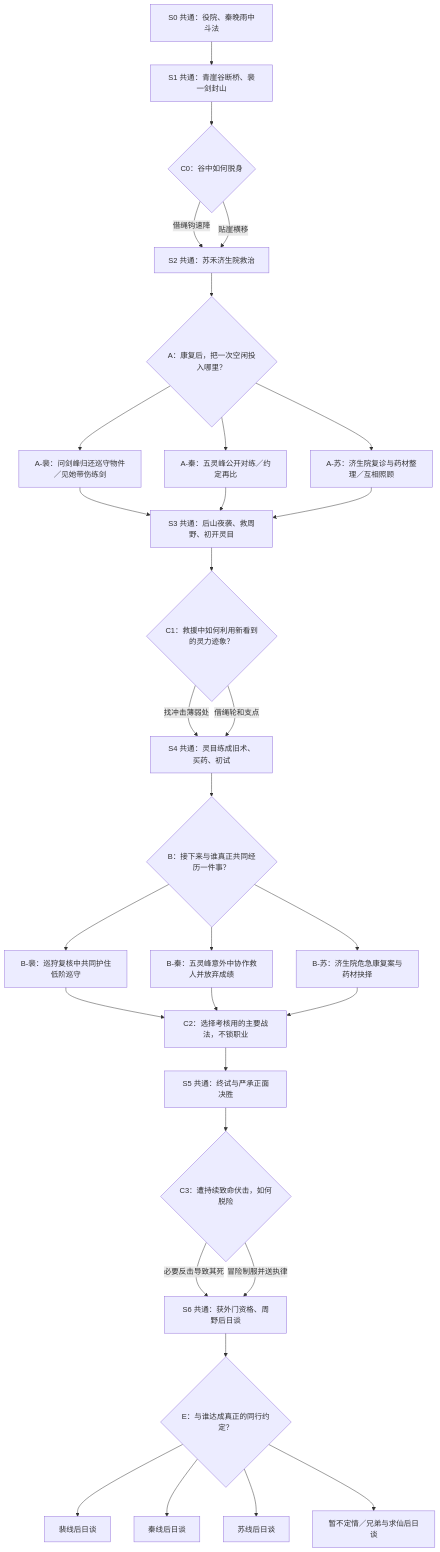
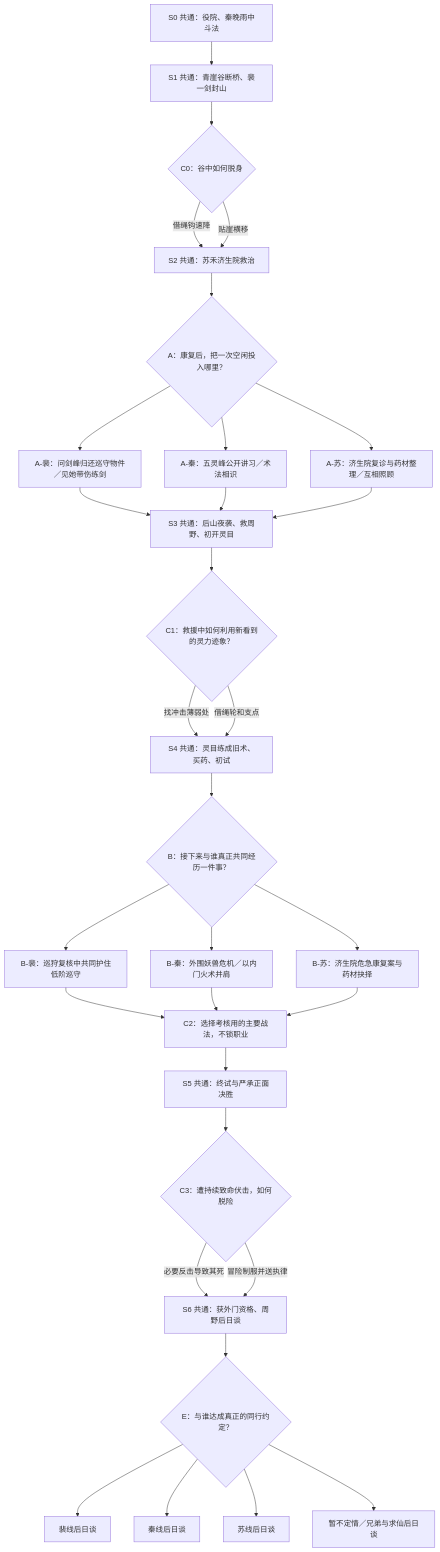
Before and after one commit to almiao/BeyondSight: the diagram in 山门_故事与互动蓝图_v0.3.md, drawn with Mermaid. The commit also changed other lines of this file and 5 other files, not shown here.

Commit message:
统一杂役称谓、秦晚升五灵峰内门，补宗门地界通行图与大世界地图规划

````diff
--- a/山门_故事与互动蓝图_v0.3.md
+++ b/山门_故事与互动蓝图_v0.3.md
@@ -183,33 +185,33 @@
 ```mermaid
 flowchart TD
   S0["S0 共通：役院、秦晚雨中斗法"] --> S1["S1 共通：青崖谷断桥、裴一剑封山"]
   S1 --> C0{"C0：谷中如何脱身"}
   C0 -->|借绳钩速降| S2["S2 共通：苏禾济生院救治"]
   C0 -->|贴崖横移| S2
   S2 --> A{"A：康复后，把一次空闲投入哪里？"}
   A --> P1["A-裴：问剑峰归还巡守物件／见她带伤练剑"]
-  A --> Q1["A-秦：五灵峰公开对练／约定再比"]
+  A --> Q1["A-秦：五灵峰公开讲习／术法相识"]
   A --> H1["A-苏：济生院复诊与药材整理／互相照顾"]
   P1 --> S3["S3 共通：后山夜袭、救周野、初开灵目"]
   Q1 --> S3
   H1 --> S3
   S3 --> C1{"C1：救援中如何利用新看到的灵力迹象？"}
   C1 -->|找冲击薄弱处| S4["S4 共通：灵目练成旧术、买药、初试"]
   C1 -->|借绳轮和支点| S4
   S4 --> B{"B：接下来与谁真正共同经历一件事？"}
   B --> P2["B-裴：巡狩复核中共同护住低阶巡守"]
-  B --> Q2["B-秦：五灵峰意外中协作救人并放弃成绩"]
+  B --> Q2["B-秦：外围妖兽危机／以内门火术并肩"]
   B --> H2["B-苏：济生院危急康复案与药材抉择"]
   P2 --> C2["C2：选择考核用的主要战法，不锁职业"]
   Q2 --> C2
   H2 --> C2
   C2 --> S5["S5 共通：终试与严承正面决胜"]
   S5 --> C3{"C3：遭持续致命伏击，如何脱险"}
   C3 -->|必要反击导致其死| S6["S6 共通：获外门资格、周野后日谈"]
   C3 -->|冒险制服并送执律| S6
   S6 --> E{"E：与谁达成真正的同行约定？"}
   E --> EP["裴线后日谈"]
   E --> EQ["秦线后日谈"]
   E --> EH["苏线后日谈"]
   E --> ES["暂不定情／兄弟与求仙后日谈"]
 ```
````
